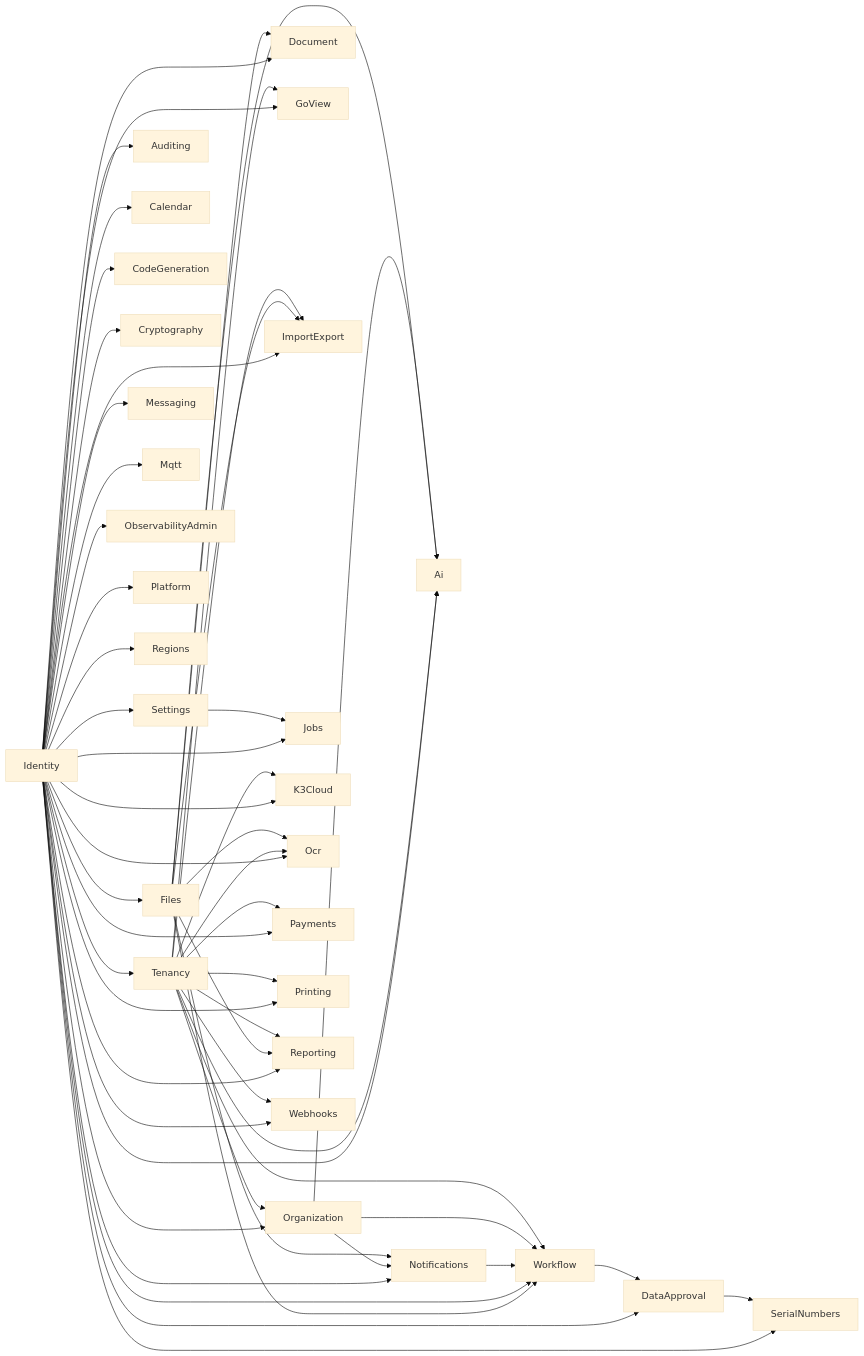
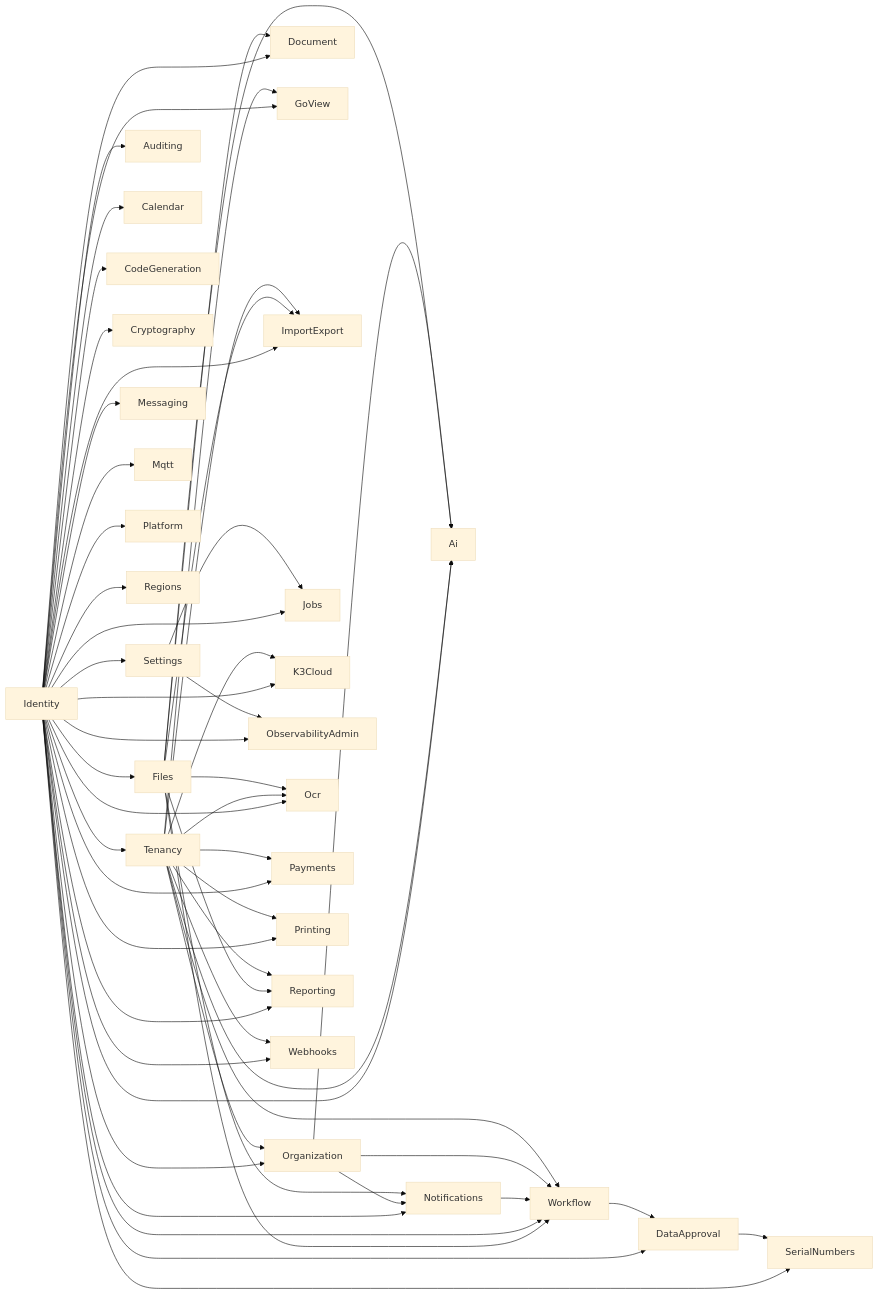
Before and after one commit to yan041108/Full.NET: the diagram in docs/operations/module-dependency-graph.mmd, drawn with Mermaid (base theme). The commit also changed 1707 other files, not shown here.

```diff
--- a/docs/operations/module-dependency-graph.mmd
+++ b/docs/operations/module-dependency-graph.mmd
@@ -1,56 +1,57 @@
 %% 自动生成：pnpm run generate:module-dependency-graph
 %% 源：src/Modules/*Module.cs IFullNetModule.Dependencies
 flowchart LR
   Identity --> Ai
   Tenancy --> Ai
   Files --> Ai
   Organization --> Ai
   Identity --> Auditing
   Identity --> Calendar
   Identity --> CodeGeneration
   Identity --> Cryptography
   Identity --> DataApproval
   Workflow --> DataApproval
   Identity --> Document
   Files --> Document
   Identity --> Files
   Identity --> GoView
   Tenancy --> GoView
   Identity --> ImportExport
   Files --> ImportExport
   Tenancy --> ImportExport
   Identity --> Jobs
   Settings --> Jobs
   Identity --> K3Cloud
   Tenancy --> K3Cloud
   Identity --> Messaging
   Identity --> Mqtt
   Identity --> Notifications
   Organization --> Notifications
   Files --> Notifications
   Identity --> ObservabilityAdmin
+  Settings --> ObservabilityAdmin
   Identity --> Ocr
   Tenancy --> Ocr
   Files --> Ocr
   Identity --> Organization
   Tenancy --> Organization
   Identity --> Payments
   Tenancy --> Payments
   Identity --> Platform
   Identity --> Printing
   Tenancy --> Printing
   Identity --> Regions
   Identity --> Reporting
   Files --> Reporting
   Tenancy --> Reporting
   Identity --> SerialNumbers
   DataApproval --> SerialNumbers
   Identity --> Settings
   Identity --> Tenancy
   Identity --> Webhooks
   Tenancy --> Webhooks
   Files --> Workflow
   Identity --> Workflow
   Notifications --> Workflow
   Organization --> Workflow
   Tenancy --> Workflow
```
